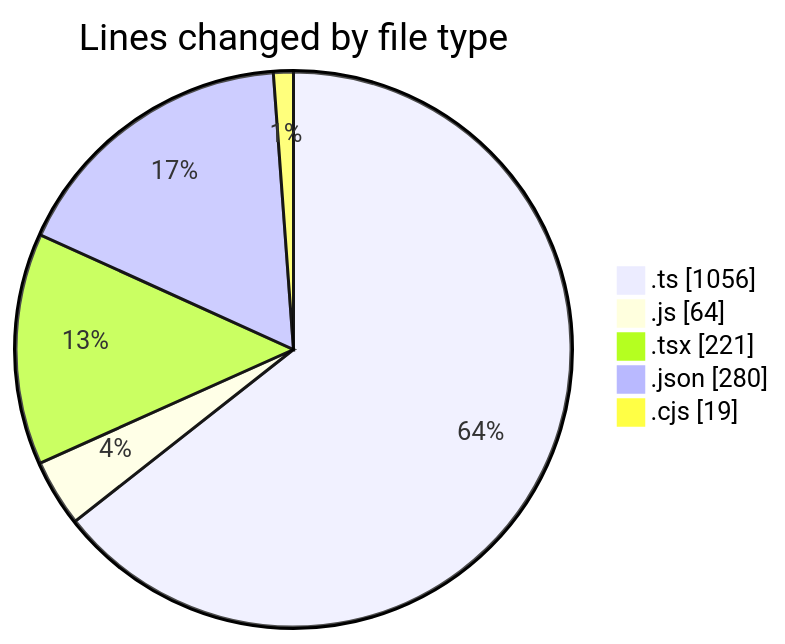
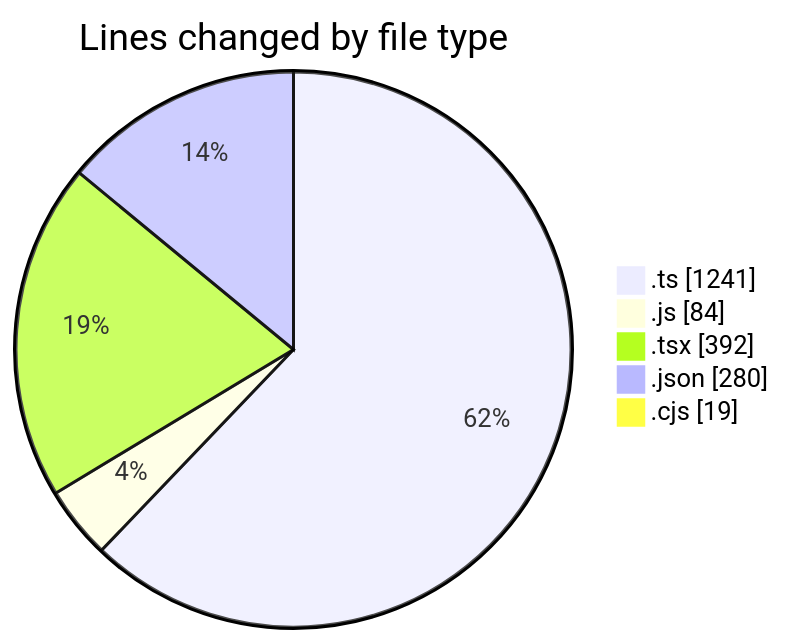
Before and after one commit to momahboobian/code-tracking: the first of 2 diagrams in 2026-08-03/cda/README.md, drawn with Mermaid. The commit also changed other lines of this file and 1 other file, not shown here.

````diff
--- a/2026-08-03/cda/README.md
+++ b/2026-08-03/cda/README.md
@@ -39,9 +39,9 @@
 ```mermaid
 pie showData
 title Lines changed by file type
-".ts" : 1056
-".js" : 64
-".tsx" : 221
+".ts" : 1241
+".js" : 84
+".tsx" : 392
 ".json" : 280
 ".cjs" : 19
 ```
````
